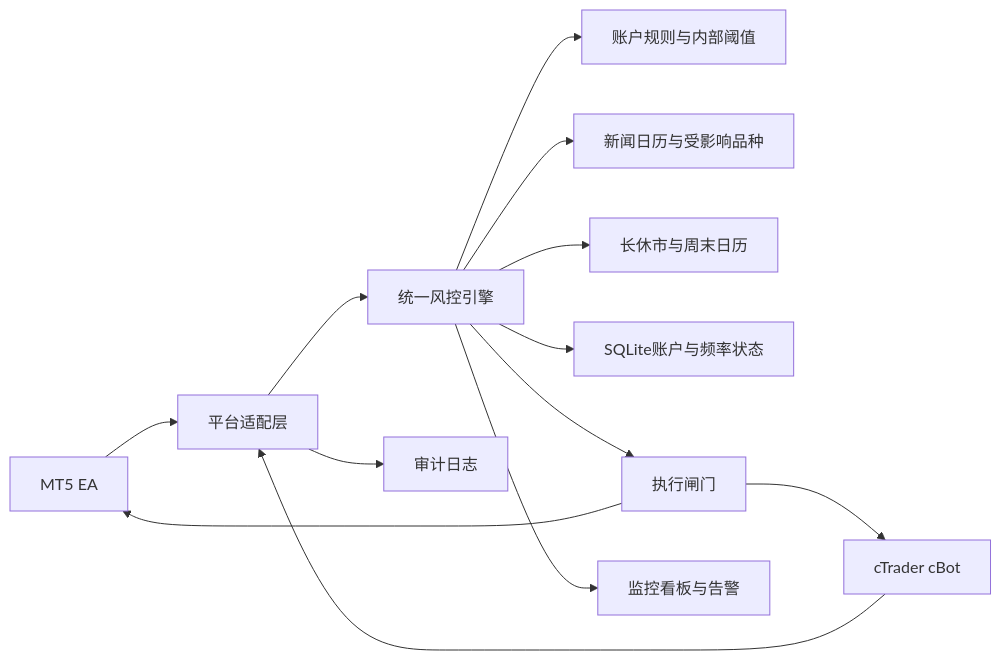
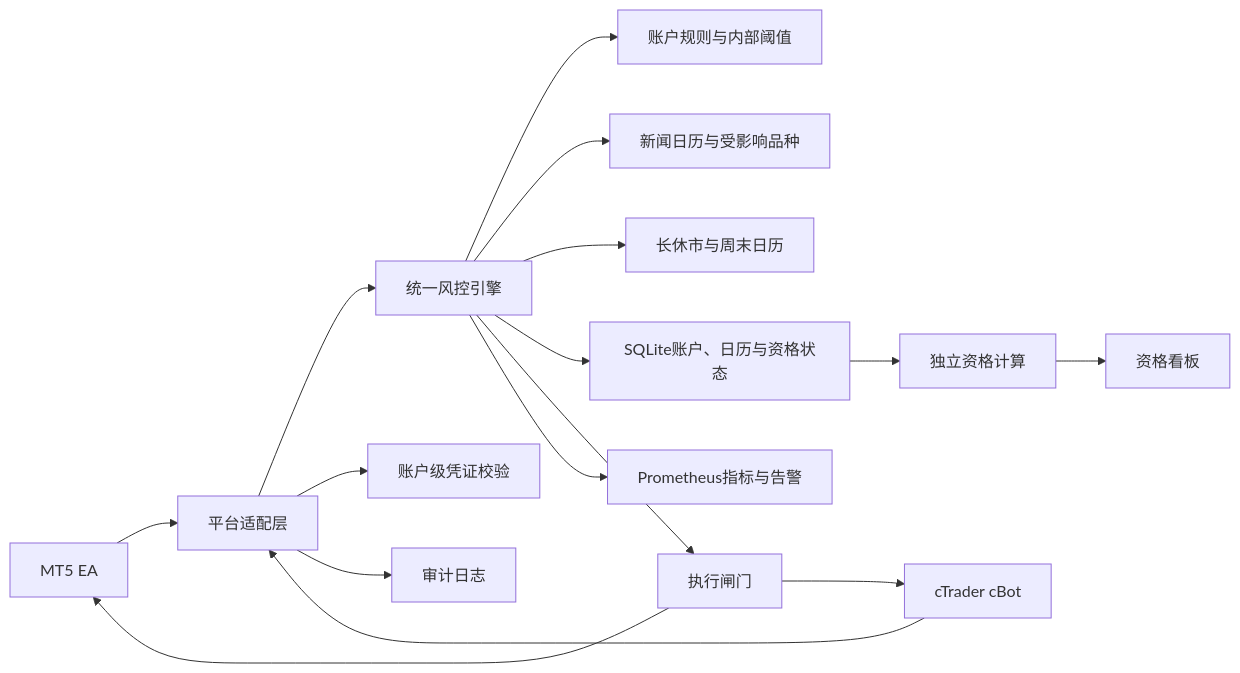
Before and after one commit to 2023ai/ftmo-risk-control: the diagram in docs/architecture.md, drawn with Mermaid. The commit also changed other lines of this file and 29 other files, not shown here.

Commit message:
Add resilient calendars credentials and qualification dashboard

````diff
--- a/docs/architecture.md
+++ b/docs/architecture.md
@@ -5,15 +5,18 @@
 ```mermaid
 flowchart LR
     MT5[MT5 EA] --> Adapter[平台适配层]
     CTR[cTrader cBot] --> Adapter
     Adapter --> Engine[统一风控引擎]
     Engine --> Rules[账户规则与内部阈值]
     Engine --> News[新闻日历与受影响品种]
     Engine --> Market[长休市与周末日历]
-    Engine --> State[SQLite账户与频率状态]
+    Engine --> State[SQLite账户、日历与资格状态]
+    Adapter --> Credential[账户级凭证校验]
     Engine --> Gate[执行闸门]
     Gate --> MT5
     Gate --> CTR
     Adapter --> Audit[审计日志]
-    Engine --> Monitor[监控看板与告警]
+    State --> Qualification[独立资格计算]
+    Qualification --> Dashboard[资格看板]
+    Engine --> Metrics[Prometheus指标与告警]
 ```
````
